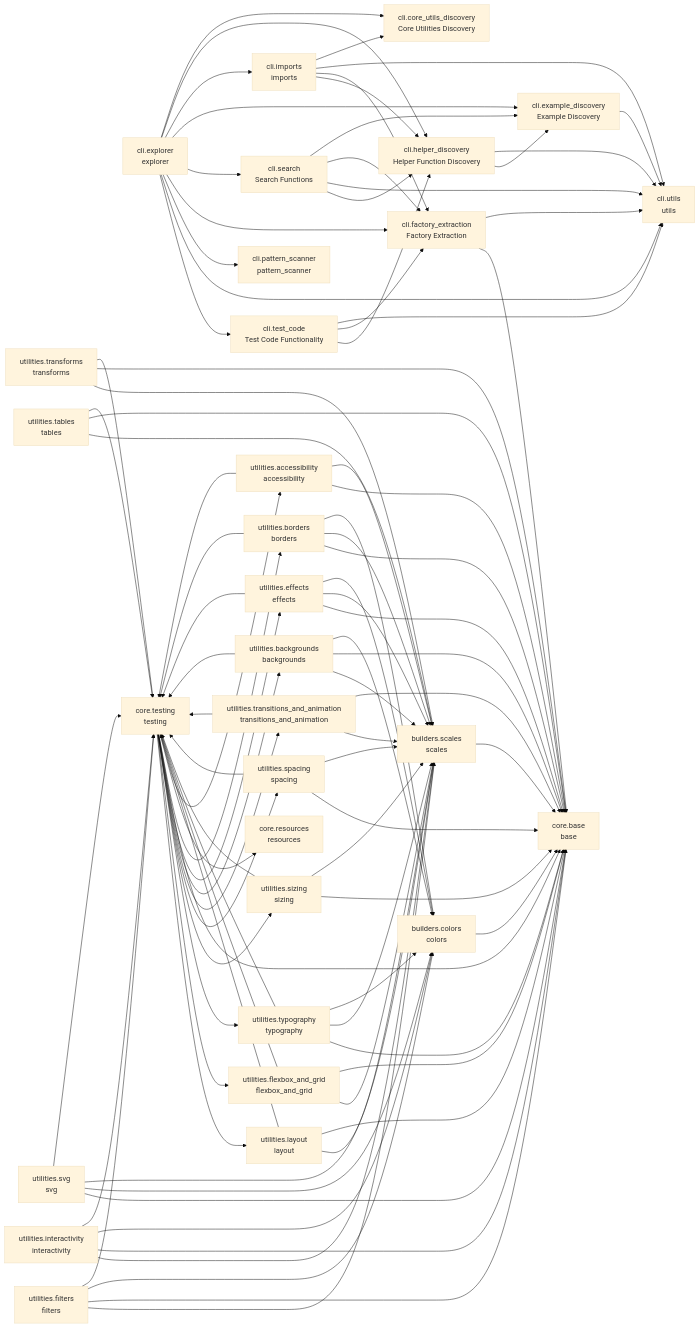
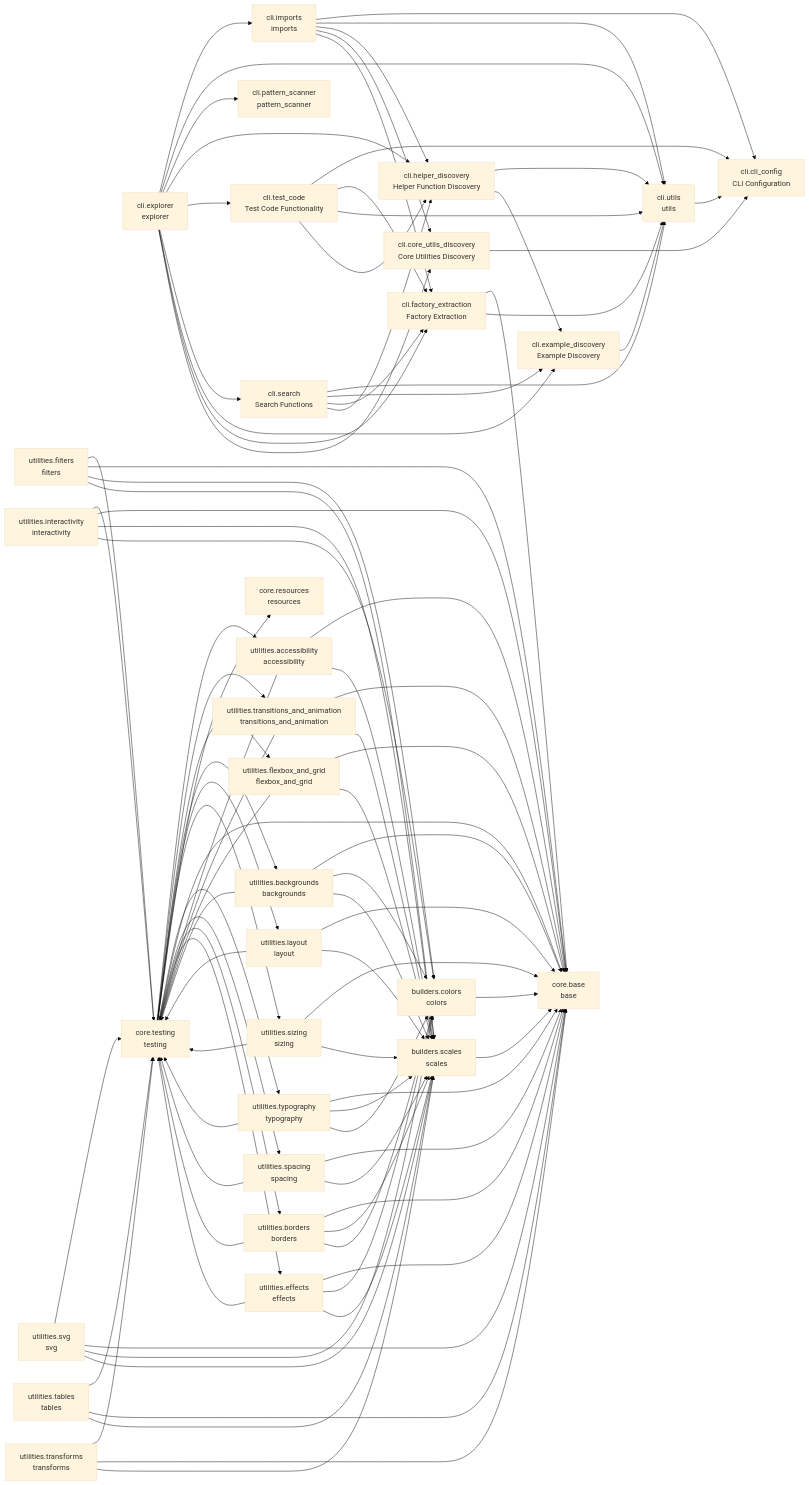
The diagram in README.md (cj-mills/cjm-fasthtml-tailwind), drawn with Mermaid (base theme) before and after one commit. The commit also changed other lines of this file and 14 other files, not shown here.

Commit message:
Implement config-based approach for CLI tool.

````diff
--- a/README.md
+++ b/README.md
@@ -55,6 +56,7 @@
 graph LR
     builders_colors[builders.colors<br/>colors]
     builders_scales[builders.scales<br/>scales]
+    cli_cli_config[cli.cli_config<br/>CLI Configuration]
     cli_core_utils_discovery[cli.core_utils_discovery<br/>Core Utilities Discovery]
     cli_example_discovery[cli.example_discovery<br/>Example Discovery]
     cli_explorer[cli.explorer<br/>explorer]
@@ -86,93 +88,97 @@
 
     builders_colors --> core_base
     builders_scales --> core_base
+    cli_core_utils_discovery --> cli_cli_config
     cli_example_discovery --> cli_utils
-    cli_explorer --> cli_test_code
+    cli_explorer --> cli_imports
     cli_explorer --> cli_utils
     cli_explorer --> cli_pattern_scanner
-    cli_explorer --> cli_factory_extraction
+    cli_explorer --> cli_helper_discovery
+    cli_explorer --> cli_test_code
     cli_explorer --> cli_search
     cli_explorer --> cli_example_discovery
-    cli_explorer --> cli_imports
-    cli_explorer --> cli_helper_discovery
+    cli_explorer --> cli_factory_extraction
     cli_explorer --> cli_core_utils_discovery
     cli_factory_extraction --> core_base
     cli_factory_extraction --> cli_utils
+    cli_helper_discovery --> cli_utils
     cli_helper_discovery --> cli_example_discovery
-    cli_helper_discovery --> cli_utils
+    cli_imports --> cli_cli_config
+    cli_imports --> cli_utils
     cli_imports --> cli_helper_discovery
+    cli_imports --> cli_core_utils_discovery
     cli_imports --> cli_factory_extraction
-    cli_imports --> cli_utils
-    cli_imports --> cli_core_utils_discovery
+    cli_search --> cli_utils
+    cli_search --> cli_example_discovery
+    cli_search --> cli_factory_extraction
     cli_search --> cli_helper_discovery
-    cli_search --> cli_utils
-    cli_search --> cli_factory_extraction
-    cli_search --> cli_example_discovery
-    cli_test_code --> cli_helper_discovery
+    cli_test_code --> cli_cli_config
     cli_test_code --> cli_factory_extraction
     cli_test_code --> cli_utils
+    cli_test_code --> cli_helper_discovery
+    cli_utils --> cli_cli_config
+    core_testing --> utilities_accessibility
+    core_testing --> utilities_transitions_and_animation
+    core_testing --> utilities_flexbox_and_grid
+    core_testing --> utilities_backgrounds
     core_testing --> utilities_layout
-    core_testing --> utilities_flexbox_and_grid
+    core_testing --> utilities_sizing
+    core_testing --> core_resources
     core_testing --> utilities_typography
-    core_testing --> utilities_sizing
+    core_testing --> core_base
     core_testing --> utilities_spacing
-    core_testing --> utilities_transitions_and_animation
-    core_testing --> utilities_backgrounds
+    core_testing --> utilities_borders
     core_testing --> utilities_effects
-    core_testing --> core_base
-    core_testing --> utilities_borders
-    core_testing --> core_resources
-    core_testing --> utilities_accessibility
     utilities_accessibility --> core_base
+    utilities_accessibility --> core_testing
     utilities_accessibility --> builders_scales
-    utilities_accessibility --> core_testing
-    utilities_backgrounds --> builders_scales
+    utilities_backgrounds --> core_testing
     utilities_backgrounds --> core_base
     utilities_backgrounds --> builders_colors
-    utilities_backgrounds --> core_testing
+    utilities_backgrounds --> builders_scales
+    utilities_borders --> core_testing
     utilities_borders --> core_base
     utilities_borders --> builders_scales
     utilities_borders --> builders_colors
-    utilities_borders --> core_testing
+    utilities_effects --> core_testing
     utilities_effects --> core_base
+    utilities_effects --> builders_colors
     utilities_effects --> builders_scales
-    utilities_effects --> builders_colors
-    utilities_effects --> core_testing
-    utilities_filters --> builders_scales
+    utilities_filters --> core_testing
     utilities_filters --> core_base
     utilities_filters --> builders_colors
-    utilities_filters --> core_testing
+    utilities_filters --> builders_scales
+    utilities_flexbox_and_grid --> core_testing
+    utilities_flexbox_and_grid --> core_base
     utilities_flexbox_and_grid --> builders_scales
-    utilities_flexbox_and_grid --> core_base
-    utilities_flexbox_and_grid --> core_testing
+    utilities_interactivity --> core_testing
+    utilities_interactivity --> core_base
     utilities_interactivity --> builders_scales
-    utilities_interactivity --> core_base
     utilities_interactivity --> builders_colors
-    utilities_interactivity --> core_testing
+    utilities_layout --> core_testing
+    utilities_layout --> core_base
     utilities_layout --> builders_scales
-    utilities_layout --> core_base
-    utilities_layout --> core_testing
     utilities_sizing --> core_base
     utilities_sizing --> builders_scales
     utilities_sizing --> core_testing
+    utilities_spacing --> core_testing
     utilities_spacing --> core_base
     utilities_spacing --> builders_scales
-    utilities_spacing --> core_testing
+    utilities_svg --> core_testing
     utilities_svg --> core_base
     utilities_svg --> builders_colors
     utilities_svg --> builders_scales
-    utilities_svg --> core_testing
+    utilities_tables --> core_testing
+    utilities_tables --> core_base
     utilities_tables --> builders_scales
-    utilities_tables --> core_base
-    utilities_tables --> core_testing
+    utilities_transforms --> core_testing
+    utilities_transforms --> core_base
     utilities_transforms --> builders_scales
-    utilities_transforms --> core_base
-    utilities_transforms --> core_testing
+    utilities_transitions_and_animation --> core_testing
+    utilities_transitions_and_animation --> core_base
     utilities_transitions_and_animation --> builders_scales
-    utilities_transitions_and_animation --> core_base
-    utilities_transitions_and_animation --> core_testing
+    utilities_typography --> core_testing
     utilities_typography --> core_base
     utilities_typography --> builders_scales
     utilities_typography --> builders_colors
-    utilities_typography --> core_testing
 ```
````
